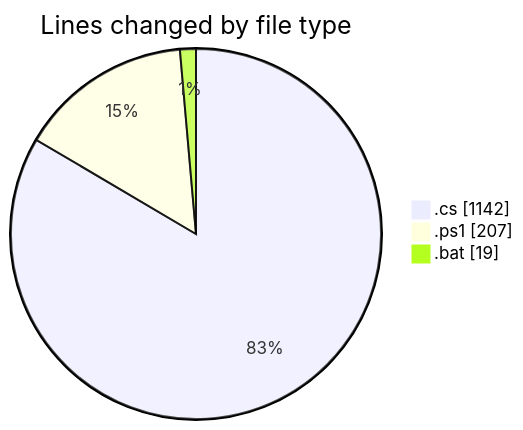
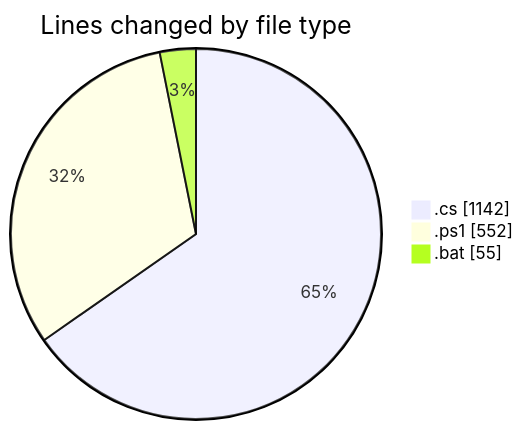
One commit to lephambinh05/code-tracking changed the first of 2 diagrams in 2025-07-28/quanlyrapchieuphim-2/README.md. Above: the diagram before and after it, drawn with Mermaid. The commit also changed other lines of this file and 1 other file, not shown here.

````diff
--- a/2025-07-28/quanlyrapchieuphim-2/README.md
+++ b/2025-07-28/quanlyrapchieuphim-2/README.md
@@ -25,7 +25,7 @@
 ```mermaid
 pie showData
 title Lines changed by file type
 ".cs" : 1142
-".ps1" : 207
-".bat" : 19
+".ps1" : 552
+".bat" : 55
 ```
````
